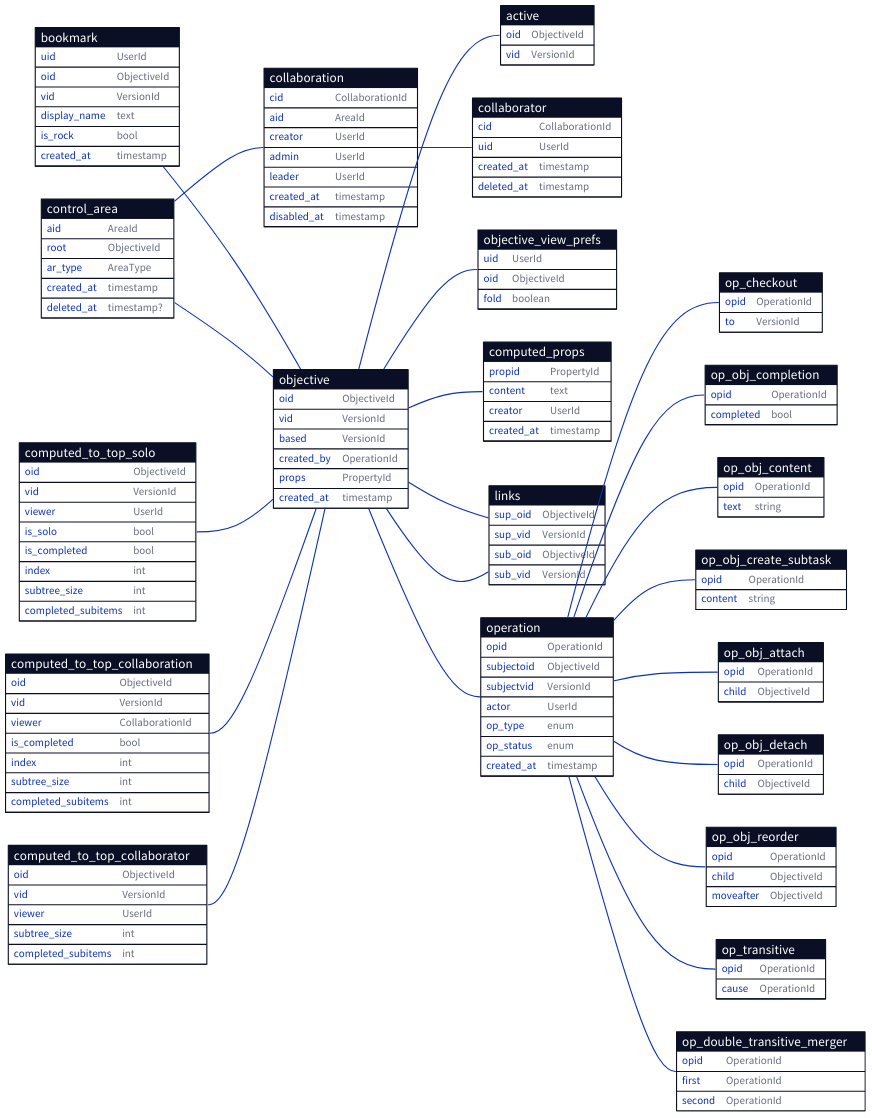
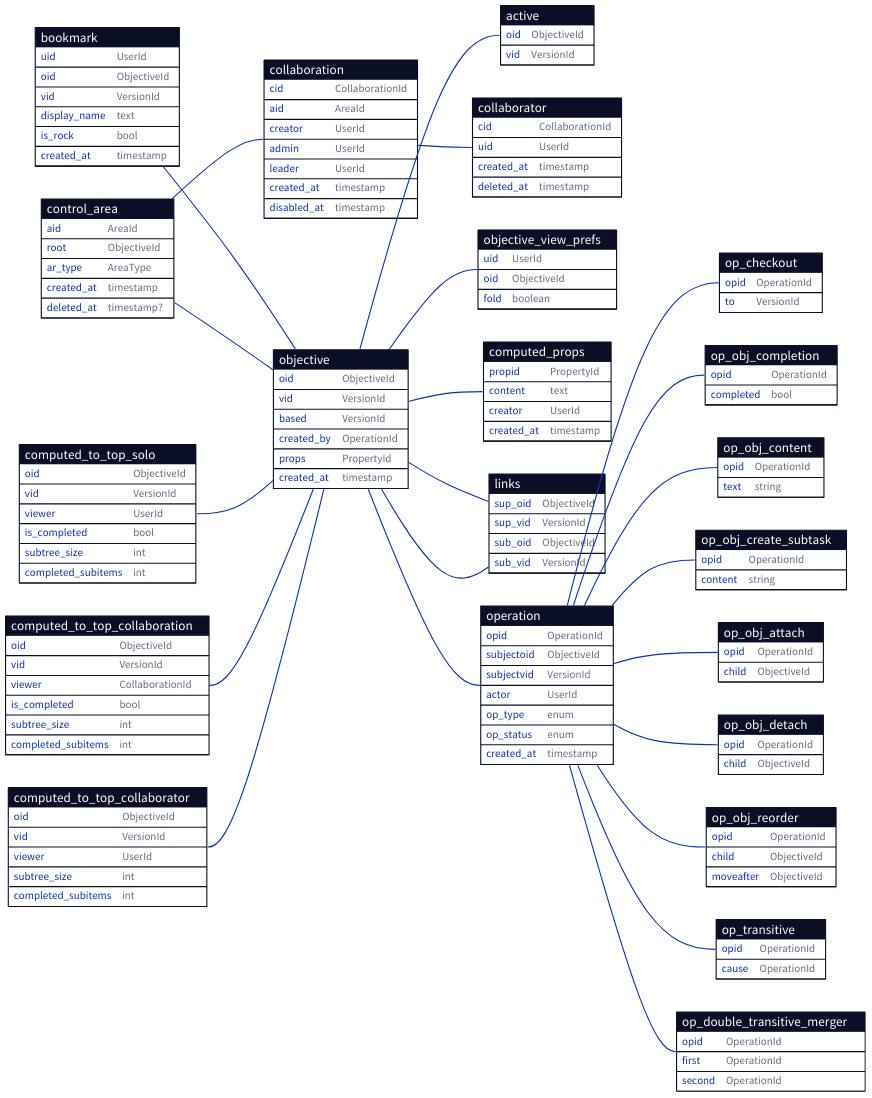
The diagram in docs/database/simplified.d2 (ufukty/logbook), drawn with D2 before and after one commit. The commit also changed 2 other files, not shown here.

Commit message:
docs/database/simplified: removes the `index` columns from `computed_to_top` tables as the index is defined on the parent and not dependent to the collaboration state of the objective

```diff
--- a/docs/database/simplified.d2
+++ b/docs/database/simplified.d2
@@ -98,10 +98,7 @@
   vid: VersionId
   viewer: UserId
 
-  is_solo: bool
   is_completed: bool
-
-  index: int
   subtree_size: int
   completed_subitems: int
 }
@@ -114,8 +111,6 @@
   viewer: CollaborationId
 
   is_completed: bool
-
-  index: int
   subtree_size: int
   completed_subitems: int
 }
```
